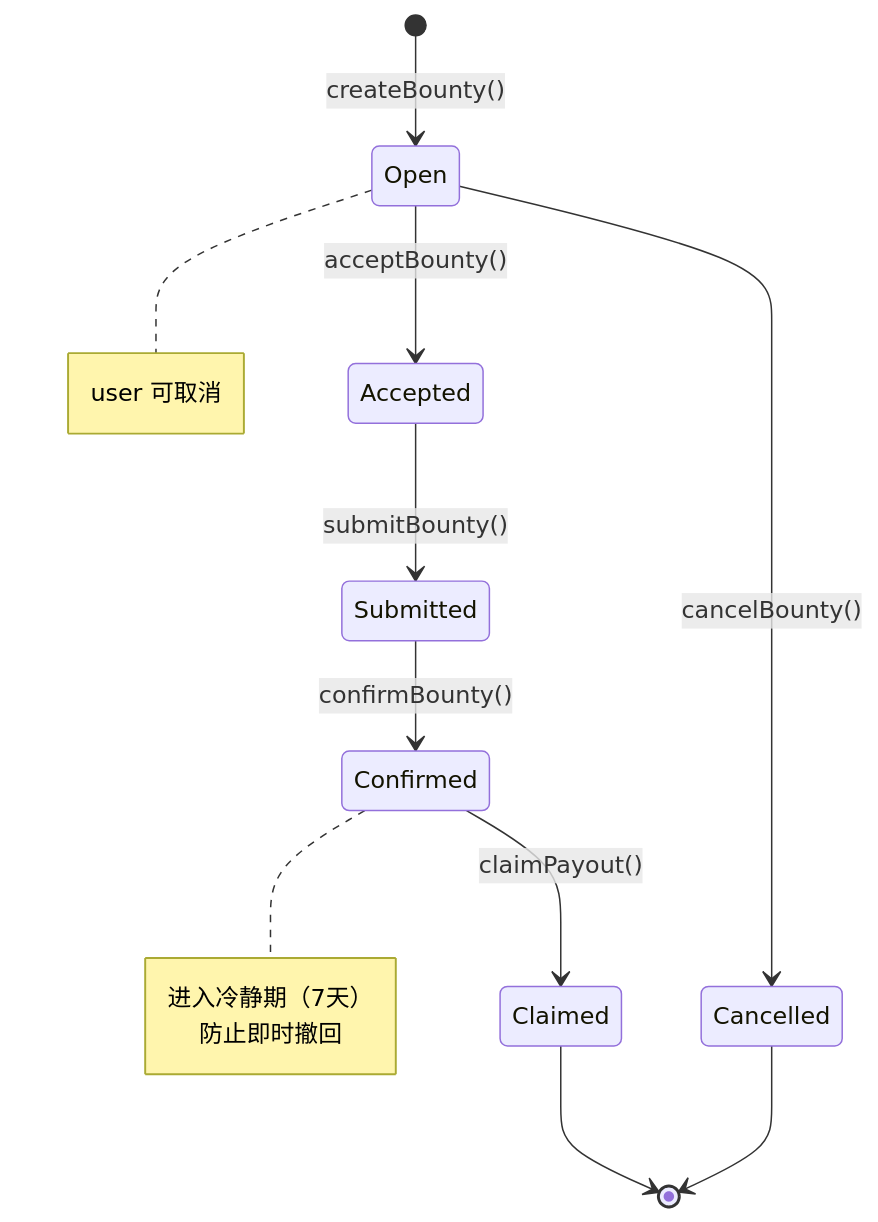
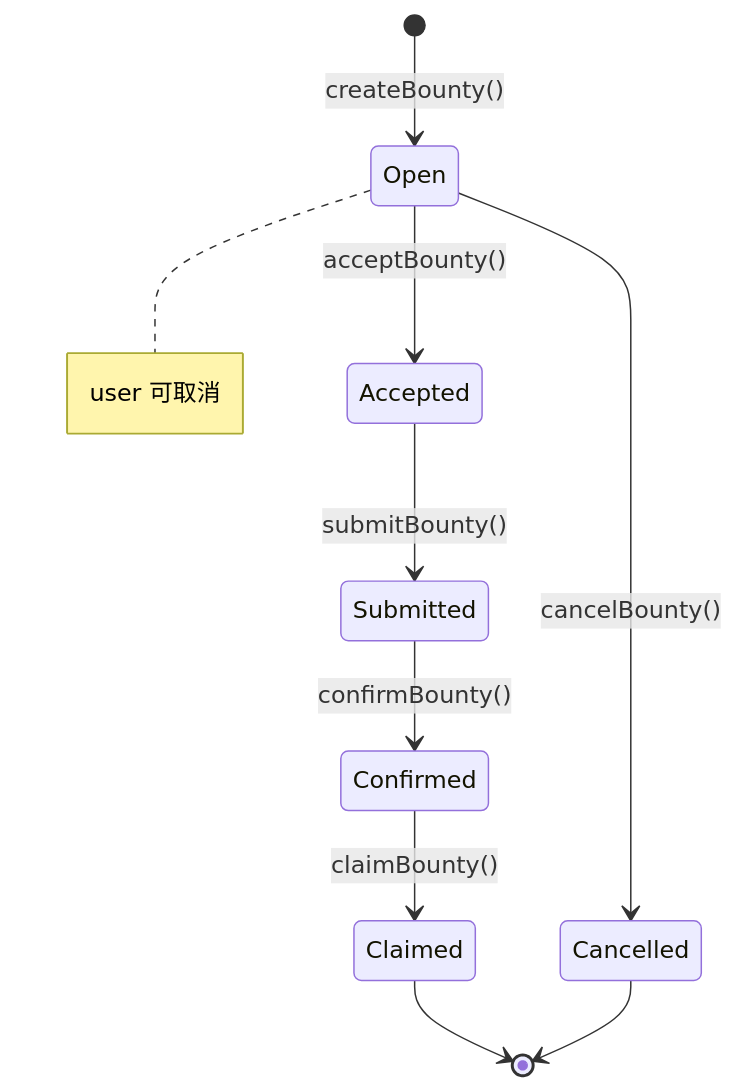
Before and after one commit to cyl19970726/Code3: the diagram in docs/01-data-model.md, drawn with Mermaid. The commit also changed other lines of this file and 66 other files, not shown here.

````diff
--- a/docs/01-data-model.md
+++ b/docs/01-data-model.md
@@ -119,20 +117,16 @@
 ```mermaid
 stateDiagram-v2
     [*] --> Open: createBounty()
     Open --> Accepted: acceptBounty()
     Open --> Cancelled: cancelBounty()
     Accepted --> Submitted: submitBounty()
     Submitted --> Confirmed: confirmBounty()
-    Confirmed --> Claimed: claimPayout()
+    Confirmed --> Claimed: claimBounty()
     Claimed --> [*]
     Cancelled --> [*]
 
     note right of Open
         user 可取消
     end note
 
-    note right of Confirmed
-        进入冷静期（7天）
-        防止即时撤回
-    end note
 ```
````
